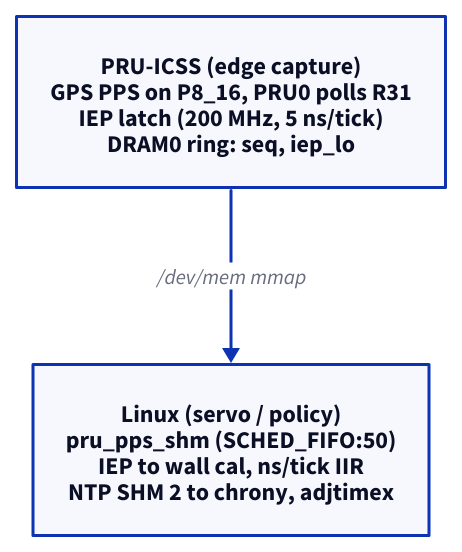
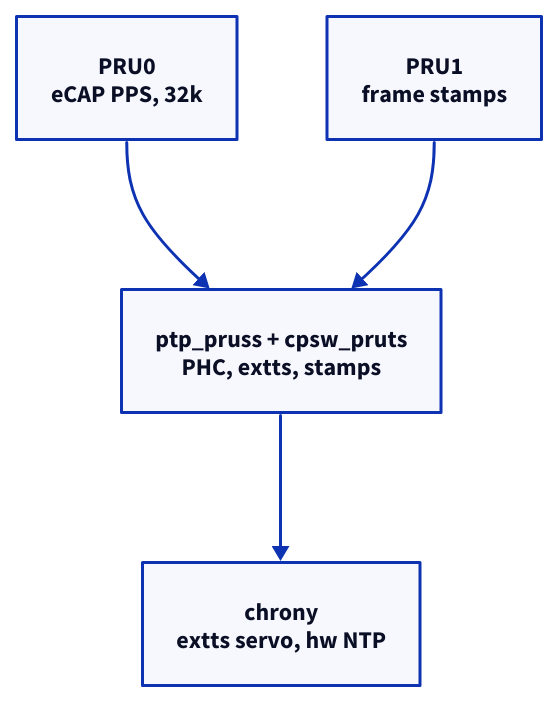
The diagram in diagrams/architecture.d2 (dniminenn/bbb-pps-pru), drawn with D2 before and after one commit. The commit also changed 9 other files, not shown here.

Commit message:
current diagrams and measurements, pruts boot fixes, metrics glue goes private

```diff
--- a/diagrams/architecture.d2
+++ b/diagrams/architecture.d2
@@ -1,13 +1,21 @@
 direction: down
 
-pru: "PRU-ICSS (edge capture)\nGPS PPS on P8_16, PRU0 polls R31\nIEP latch (200 MHz, 5 ns/tick)\nDRAM0 ring: seq, iep_lo" {
+pru0: "PRU0\neCAP PPS, 32k" {
   style.font-size: 16
 }
 
-linux: "Linux (servo / policy)\npru_pps_shm (SCHED_FIFO:50)\nIEP to wall cal, ns/tick IIR\nNTP SHM 2 to chrony, adjtimex" {
+pru1: "PRU1\nframe stamps" {
   style.font-size: 16
 }
 
-pru -> linux: "/dev/mem mmap" {
-  style.font-size: 14
+kernel: "ptp_pruss + cpsw_pruts\nPHC, extts, stamps" {
+  style.font-size: 16
 }
+
+chrony: "chrony\nextts servo, hw NTP" {
+  style.font-size: 16
+}
+
+pru0 -> kernel
+pru1 -> kernel
+kernel -> chrony
```
